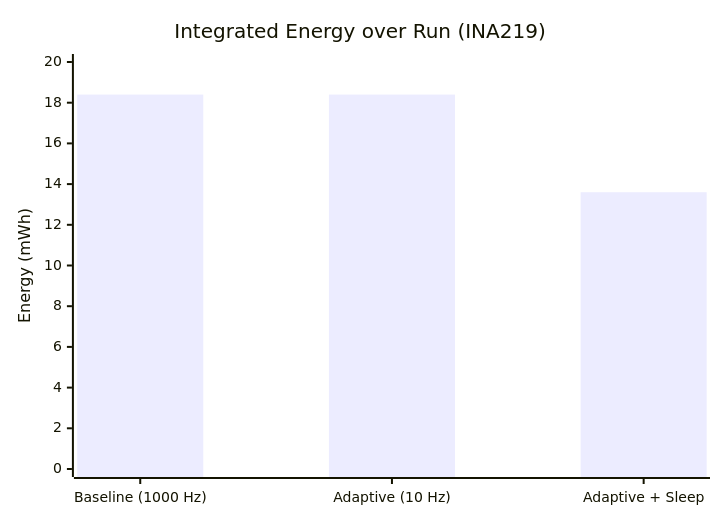
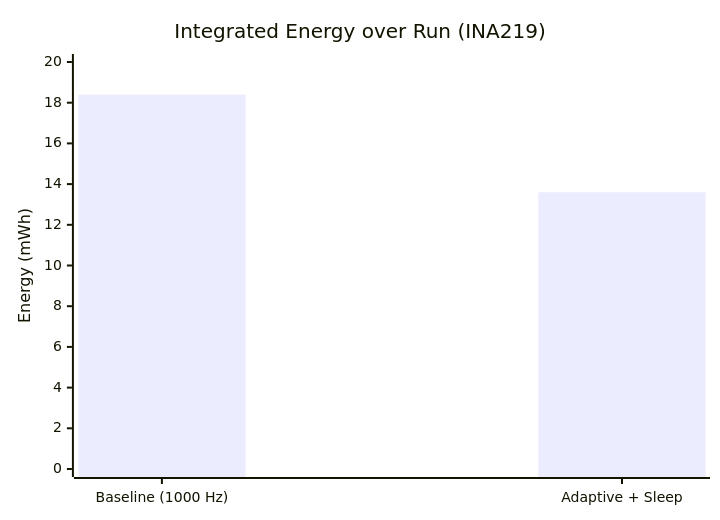
The third of 5 diagrams in README.md (darked0/IoT_assignment), drawn with Mermaid before and after one commit. The commit also changed other lines of this file, not shown here.

````diff
--- a/README.md
+++ b/README.md
@@ -135,7 +139,7 @@
 ```mermaid
 xychart-beta
     title "Integrated Energy over Run (INA219)"
-    x-axis ["Baseline (1000 Hz)", "Adaptive (10 Hz)", "Adaptive + Sleep"]
+    x-axis ["Baseline (1000 Hz)", "Adaptive + Sleep"]
     y-axis "Energy (mWh)" 0 --> 20
-    bar [18.4, 18.4, 13.6]
+    bar [18.4, 13.6]
 ```
````
